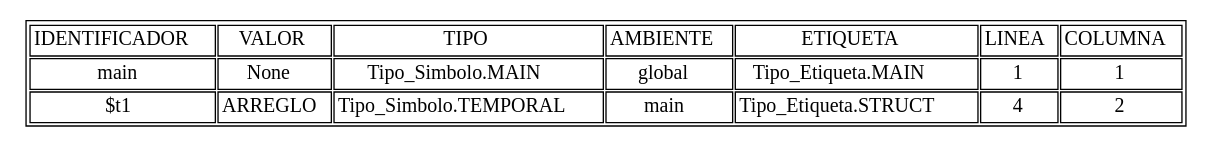
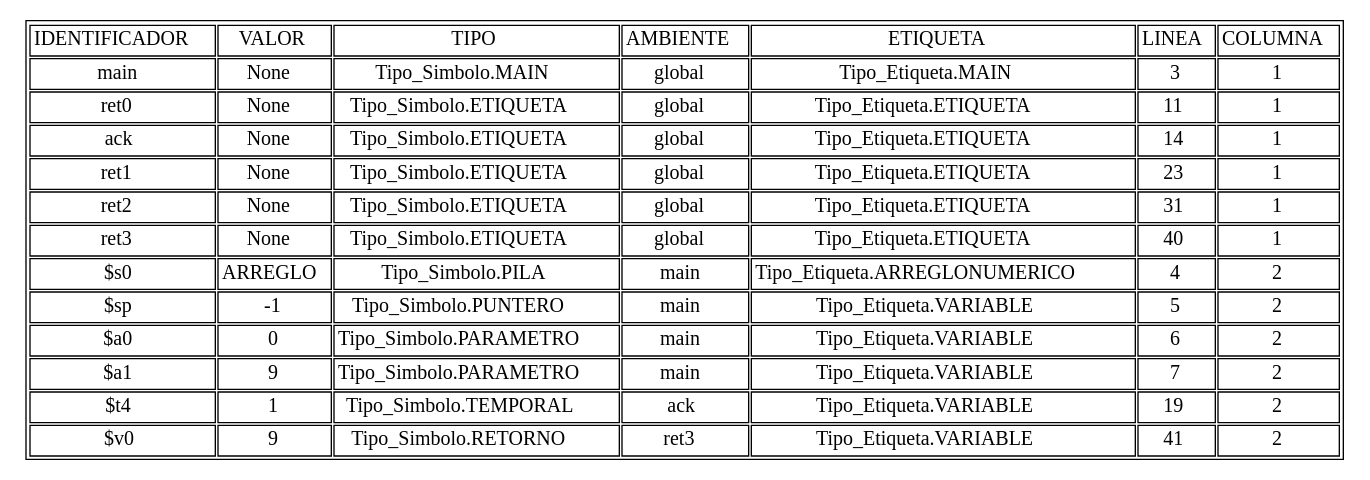
Before and after one commit to AndreeAvalos/OLC2-AUGUS: the diagram in tablasimbolos.dot, drawn with Graphviz. The commit also changed 10 other files, not shown here.

```diff
--- a/tablasimbolos.dot
+++ b/tablasimbolos.dot
@@ -1,10 +1,20 @@
 digraph tabla{
 graph [ratio=fill];node [label="\N", fontsize=15, shape=plaintext];
 graph [bb="0,0,352,154"];
 arset [label=<<TABLE ALIGN="LEFT">
 <TR><TD>IDENTIFICADOR</TD><TD>VALOR</TD><TD>TIPO</TD><TD>AMBIENTE</TD><TD>ETIQUETA</TD><TD>LINEA</TD><TD>COLUMNA</TD></TR>
-<TR><TD>main</TD><TD>None</TD><TD>Tipo_Simbolo.MAIN</TD><TD>global</TD><TD>Tipo_Etiqueta.MAIN</TD><TD>1</TD><TD>1</TD></TR>
-<TR><TD>$t1</TD><TD>ARREGLO</TD><TD>Tipo_Simbolo.TEMPORAL</TD><TD>main</TD><TD>Tipo_Etiqueta.STRUCT</TD><TD>4</TD><TD>2</TD></TR>
+<TR><TD>main</TD><TD>None</TD><TD>Tipo_Simbolo.MAIN</TD><TD>global</TD><TD>Tipo_Etiqueta.MAIN</TD><TD>3</TD><TD>1</TD></TR>
+<TR><TD>ret0</TD><TD>None</TD><TD>Tipo_Simbolo.ETIQUETA</TD><TD>global</TD><TD>Tipo_Etiqueta.ETIQUETA</TD><TD>11</TD><TD>1</TD></TR>
+<TR><TD>ack</TD><TD>None</TD><TD>Tipo_Simbolo.ETIQUETA</TD><TD>global</TD><TD>Tipo_Etiqueta.ETIQUETA</TD><TD>14</TD><TD>1</TD></TR>
+<TR><TD>ret1</TD><TD>None</TD><TD>Tipo_Simbolo.ETIQUETA</TD><TD>global</TD><TD>Tipo_Etiqueta.ETIQUETA</TD><TD>23</TD><TD>1</TD></TR>
+<TR><TD>ret2</TD><TD>None</TD><TD>Tipo_Simbolo.ETIQUETA</TD><TD>global</TD><TD>Tipo_Etiqueta.ETIQUETA</TD><TD>31</TD><TD>1</TD></TR>
+<TR><TD>ret3</TD><TD>None</TD><TD>Tipo_Simbolo.ETIQUETA</TD><TD>global</TD><TD>Tipo_Etiqueta.ETIQUETA</TD><TD>40</TD><TD>1</TD></TR>
+<TR><TD>$s0</TD><TD>ARREGLO</TD><TD>Tipo_Simbolo.PILA</TD><TD>main</TD><TD>Tipo_Etiqueta.ARREGLONUMERICO</TD><TD>4</TD><TD>2</TD></TR>
+<TR><TD>$sp</TD><TD>-1</TD><TD>Tipo_Simbolo.PUNTERO</TD><TD>main</TD><TD>Tipo_Etiqueta.VARIABLE</TD><TD>5</TD><TD>2</TD></TR>
+<TR><TD>$a0</TD><TD>0</TD><TD>Tipo_Simbolo.PARAMETRO</TD><TD>main</TD><TD>Tipo_Etiqueta.VARIABLE</TD><TD>6</TD><TD>2</TD></TR>
+<TR><TD>$a1</TD><TD>9</TD><TD>Tipo_Simbolo.PARAMETRO</TD><TD>main</TD><TD>Tipo_Etiqueta.VARIABLE</TD><TD>7</TD><TD>2</TD></TR>
+<TR><TD>$t4</TD><TD>1</TD><TD>Tipo_Simbolo.TEMPORAL</TD><TD>ack</TD><TD>Tipo_Etiqueta.VARIABLE</TD><TD>19</TD><TD>2</TD></TR>
+<TR><TD>$v0</TD><TD>9</TD><TD>Tipo_Simbolo.RETORNO</TD><TD>ret3</TD><TD>Tipo_Etiqueta.VARIABLE</TD><TD>41</TD><TD>2</TD></TR>
 </TABLE>
 >, ];
 }
```
